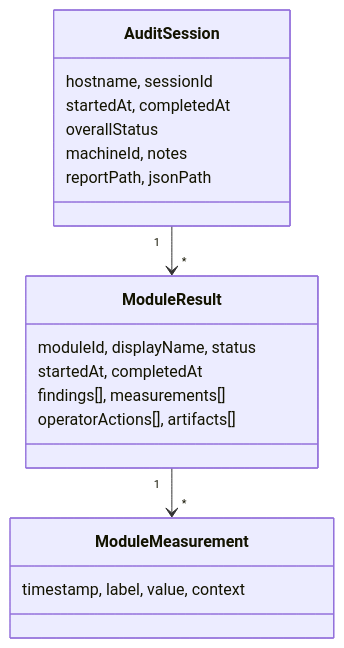
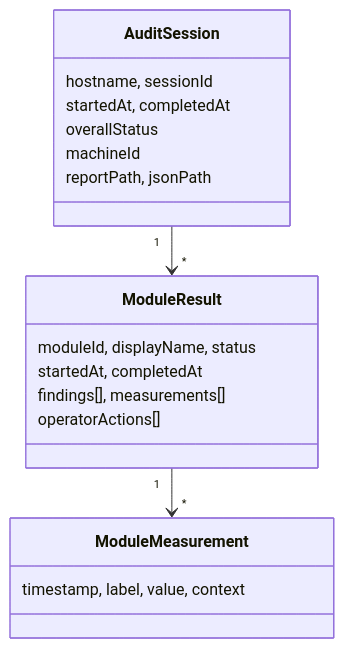
The diagram in lode/reporting/session-model.md (Krasen007/HardwareAuditToolkit), drawn with Mermaid before and after one commit. The commit also changed other lines of this file and 28 other files, not shown here.

````diff
--- a/lode/reporting/session-model.md
+++ b/lode/reporting/session-model.md
@@ -8,21 +8,21 @@
 ```mermaid
 classDiagram
     AuditSession "1" --> "*" ModuleResult
     ModuleResult "1" --> "*" ModuleMeasurement
     class AuditSession {
         hostname, sessionId
         startedAt, completedAt
         overallStatus
-        machineId, notes
+        machineId
         reportPath, jsonPath
     }
     class ModuleResult {
         moduleId, displayName, status
         startedAt, completedAt
         findings[], measurements[]
-        operatorActions[], artifacts[]
+        operatorActions[]
     }
     class ModuleMeasurement {
         timestamp, label, value, context
     }
 ```
````
